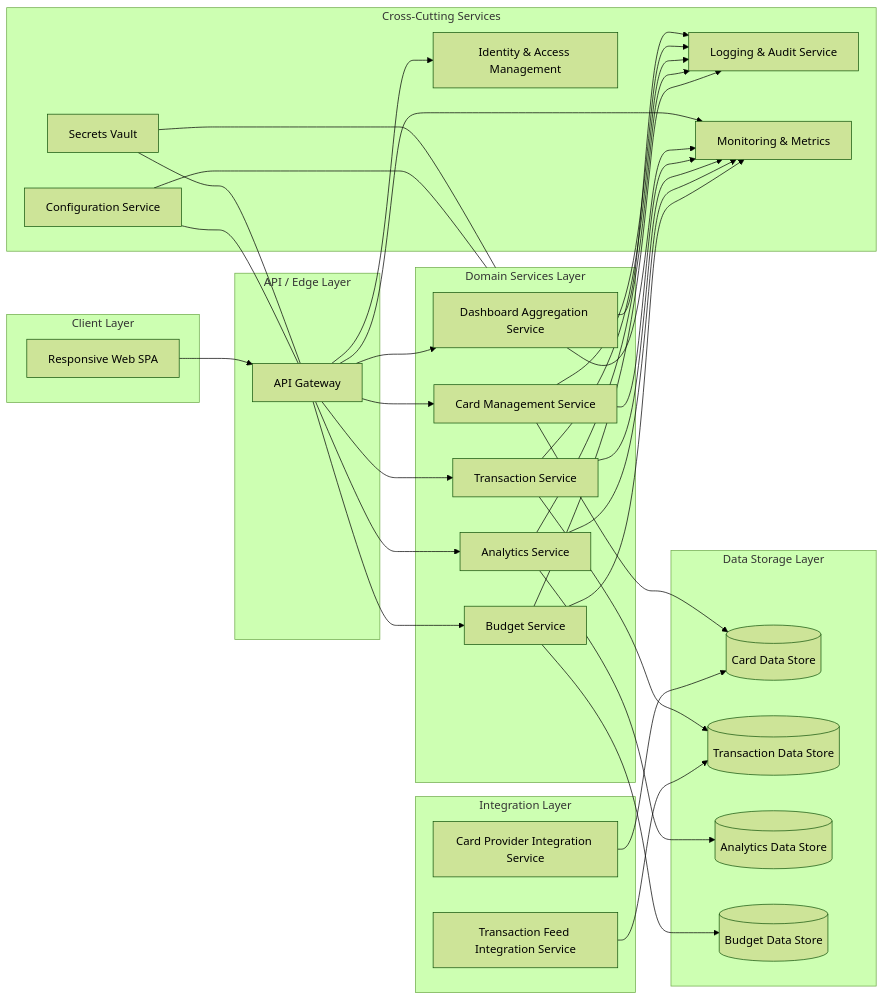
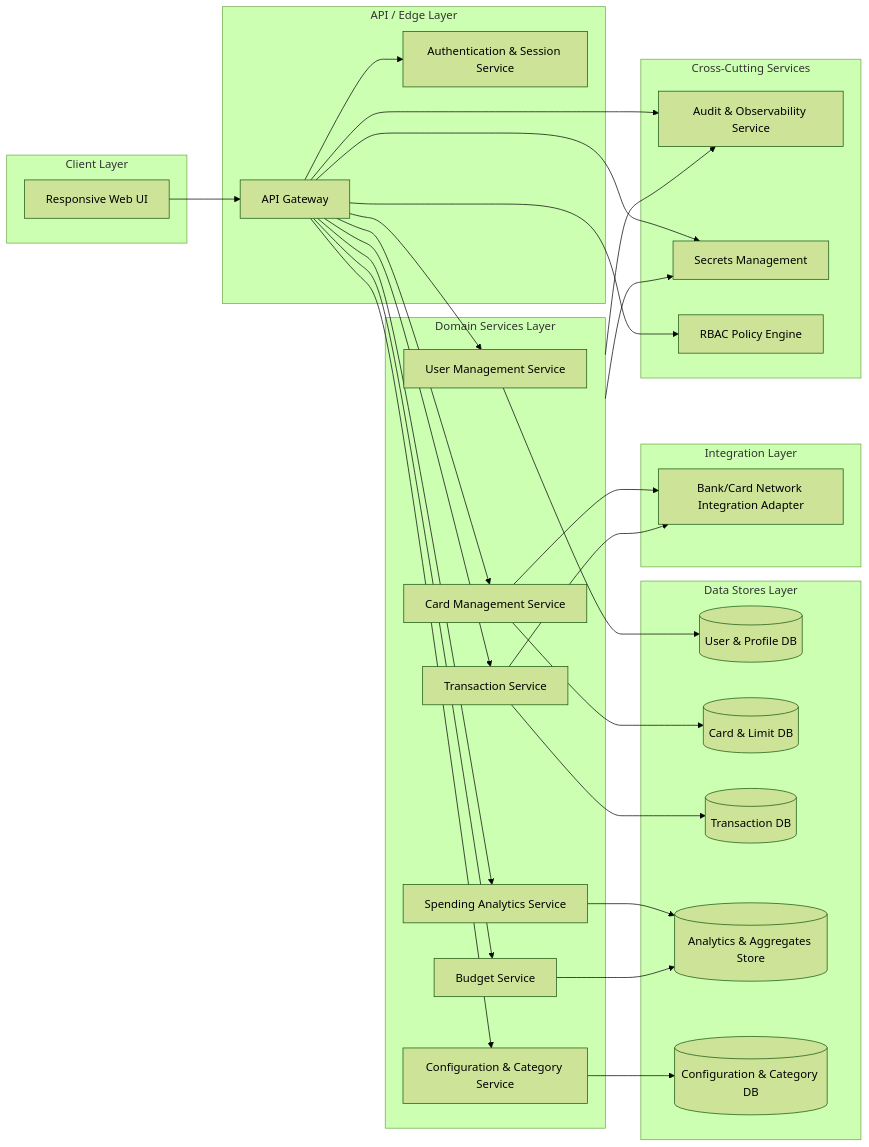
One commit to Davamani-git/APB_Demo changed the diagram in HLD/QE-3350_HLD.md. Above: the diagram before and after it, drawn with Mermaid (forest theme). The commit also changed other lines of this file, not shown here.

````diff
--- a/HLD/QE-3350_HLD.md
+++ b/HLD/QE-3350_HLD.md
@@ -54,73 +25,63 @@
 ```mermaid
 flowchart LR
+    subgraph Client_Layer [Client Layer]
+        WEB_UI[Responsive Web UI]
+    end
 
-subgraph Client_Layer[Client Layer]
-    SPA[Responsive Web SPA]
-end
+    subgraph Edge_Layer [API / Edge Layer]
+        APIGW[API Gateway]
+        AUTH[Authentication & Session Service]
+    end
 
-subgraph Edge_Layer[API / Edge Layer]
-    APIGW[API Gateway]
-end
+    subgraph Domain_Layer [Domain Services Layer]
+        UMSVC[User Management Service]
+        CARDSVC[Card Management Service]
+        TXNSVC[Transaction Service]
+        ANASVC[Spending Analytics Service]
+        BUDFVC[Budget Service]
+        CFGSVC[Configuration & Category Service]
+    end
 
-subgraph Domain_Services[Domain Services Layer]
-    DSH[Dashboard Aggregation Service]
-    CMS[Card Management Service]
-    TS[Transaction Service]
-    AS[Analytics Service]
-    BS[Budget Service]
-end
+    subgraph Data_Layer [Data Stores Layer]
+        USERDB[(User & Profile DB)]
+        CARDDB[(Card & Limit DB)]
+        TXNDB[(Transaction DB)]
+        ANALYTICSDB[(Analytics & Aggregates Store)]
+        CFGDB[(Configuration & Category DB)]
+    end
 
-subgraph Data_Stores[Data Storage Layer]
-    CDS[(Card Data Store)]
-    TDS[(Transaction Data Store)]
-    ADS[(Analytics Data Store)]
-    BDS[(Budget Data Store)]
-end
+    subgraph Integration_Layer [Integration Layer]
+        BANKINT[Bank/Card Network Integration Adapter]
+    end
 
-subgraph Integration_Layer[Integration Layer]
-    CPIS[Card Provider Integration Service]
-    TFIS[Transaction Feed Integration Service]
-end
+    subgraph Cross_Cutting [Cross-Cutting Services]
+        LOGSVC[Audit & Observability Service]
+        SECSVC[Secrets Management]
+        POLICYSVC[RBAC Policy Engine]
+    end
 
-subgraph Cross_Cutting[Cross-Cutting Services]
-    IAM[Identity & Access Management]
-    LOG[Logging & Audit Service]
-    CONF[Configuration Service]
-    SEC[Secrets Vault]
-    MON[Monitoring & Metrics]
-end
+    WEB_UI --> APIGW
+    APIGW --> AUTH
+    APIGW --> CARDSVC
+    APIGW --> TXNSVC
+    APIGW --> ANASVC
+    APIGW --> BUDFVC
+    APIGW --> CFGSVC
+    APIGW --> UMSVC
 
-SPA --> APIGW
-APIGW --> DSH
-APIGW --> CMS
-APIGW --> TS
-APIGW --> AS
-APIGW --> BS
+    UMSVC --> USERDB
+    CARDSVC --> CARDDB
+    TXNSVC --> TXNDB
+    ANASVC --> ANALYTICSDB
+    BUDFVC --> ANALYTICSDB
+    CFGSVC --> CFGDB
 
-CMS --> CDS
-TS --> TDS
-AS --> ADS
-BS --> BDS
+    CARDSVC --> BANKINT
+    TXNSVC --> BANKINT
 
-CPIS --> CDS
-TFIS --> TDS
-
-APIGW --> IAM
-DSH --> LOG
-CMS --> LOG
-TS --> LOG
-AS --> LOG
-BS --> LOG
-
-APIGW --> MON
-DSH --> MON
-CMS --> MON
-TS --> MON
-AS --> MON
-BS --> MON
-
-SEC --- APIGW
-SEC --- Domain_Services
-CONF --- APIGW
-CONF --- Domain_Services
+    APIGW --> LOGSVC
+    Domain_Layer --> LOGSVC
+    APIGW --> POLICYSVC
+    APIGW --> SECSVC
+    Domain_Layer --> SECSVC
 ```
````
